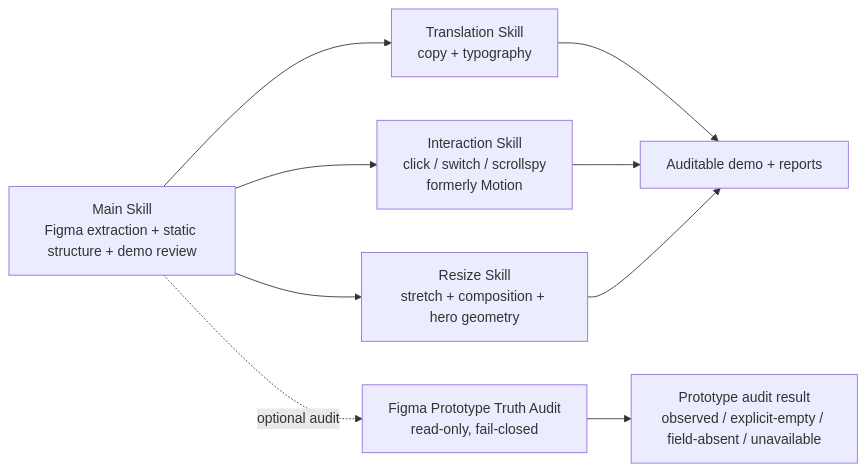
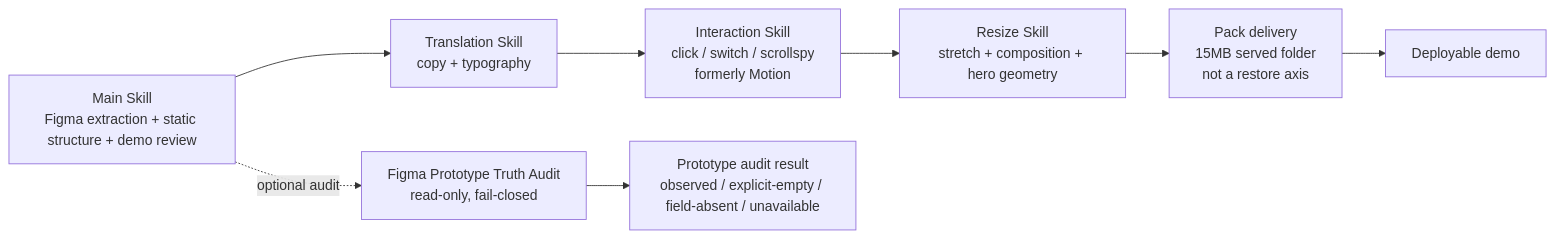
The diagram in skills/yise-web-ui/docs/skill-architecture.md (PraiseZhu/project-gameweb), drawn with Mermaid before and after one commit. The commit also changed other lines of this file and 31 other files, not shown here.

First line of the commit message:
feat(yise-web-ui): 落地 Interaction、Resize 与 Pack 交付链

````diff
--- a/skills/yise-web-ui/docs/skill-architecture.md
+++ b/skills/yise-web-ui/docs/skill-architecture.md
@@ -21,11 +21,10 @@
 ```mermaid
 flowchart LR
   S[Main Skill\nFigma extraction + static structure + demo review] --> T[Translation Skill\ncopy + typography]
-  S --> I[Interaction Skill\nclick / switch / scrollspy\nformerly Motion]
-  S --> R[Resize Skill\nstretch + composition + hero geometry]
+  T --> I[Interaction Skill\nclick / switch / scrollspy\nformerly Motion]
+  I --> R[Resize Skill\nstretch + composition + hero geometry]
+  R --> K[Pack delivery\n15MB served folder\nnot a restore axis]
   S -. optional audit .-> P[Figma Prototype Truth Audit\nread-only, fail-closed]
-  T --> O[Auditable demo + reports]
-  I --> O
-  R --> O
+  K --> O[Deployable demo]
   P --> A[Prototype audit result\nobserved / explicit-empty / field-absent / unavailable]
 ```
````
